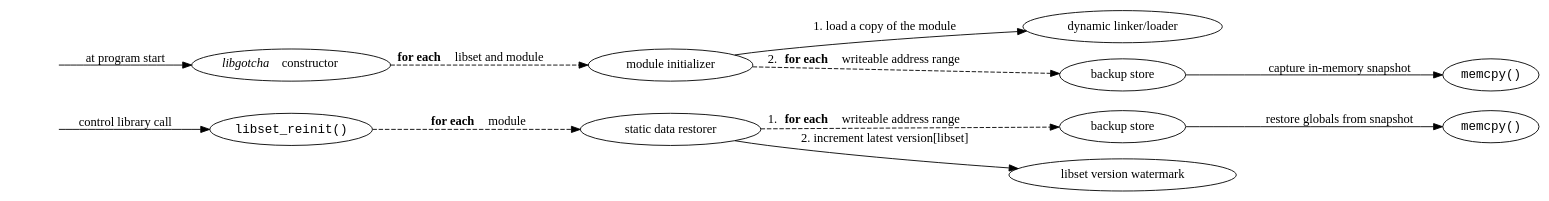
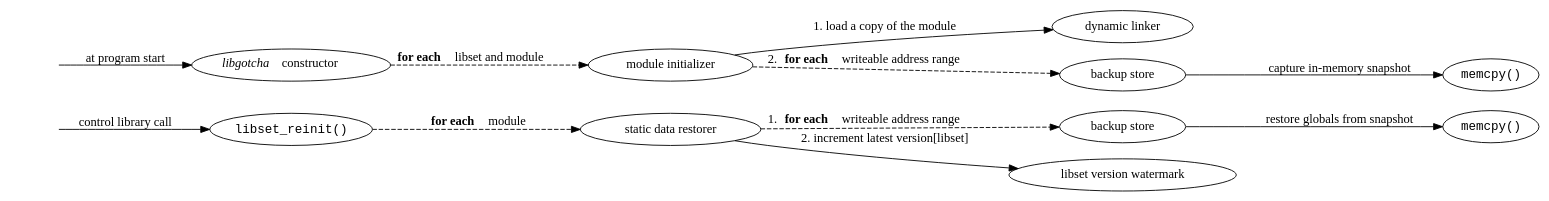
The diagram in figs/reinit.dot (solb/thesis), drawn with Graphviz before and after one commit.

Commit message:
figs/reinit.dot: s/\(dynamic linker\)\/loader/\1/

```diff
--- a/figs/reinit.dot
+++ b/figs/reinit.dot
@@ -1,39 +1,39 @@
 strict digraph {
 	rankdir=LR;
 	ranksep=0;
 	node [label=""];
 
 	start [shape=none];
 	renew [shape=none];
 
 	{
 		rank=same;
 		edge [style=invisible, arrowhead=none];
 
 		start -> renew;
 	}
 
 	ctor [label=<<i>libgotcha</i> constructor>];
 	copy [label="module initializer"];
-	rtld [label="dynamic linker/loader"];
+	rtld [label="dynamic linker"];
 	back [label="backup store"];
 	mcpy [label="memcpy()", fontname=monospace];
 
 	start -> ctor [label="at program start"];
 	ctor -> copy [style=dashed, label=<<b>for each</b> libset and module>];
 	copy -> rtld [label="1. load a copy of the module"];
 	copy -> back [style=dashed, label=<2. <b>for each</b> writeable address range>];
 	back -> mcpy [label="capture in-memory snapshot"];
 
 	reinit [label="libset_reinit()", fontname=monospace];
 	restore [label="static data restorer"];
 	back2 [label="backup store"];
 	water [label="libset version watermark"]
 	mcpy2 [label="memcpy()", fontname=monospace];
 
 	renew -> reinit [label="control library call"];
 	reinit -> restore [style=dashed, label=<<b>for each</b> module>];
 	restore -> back2 [style=dashed, label=<1. <b>for each</b> writeable address range>];
 	restore -> water [label="2. increment latest version[libset]"];
 	back2 -> mcpy2 [label="restore globals from snapshot"];
 }
```
